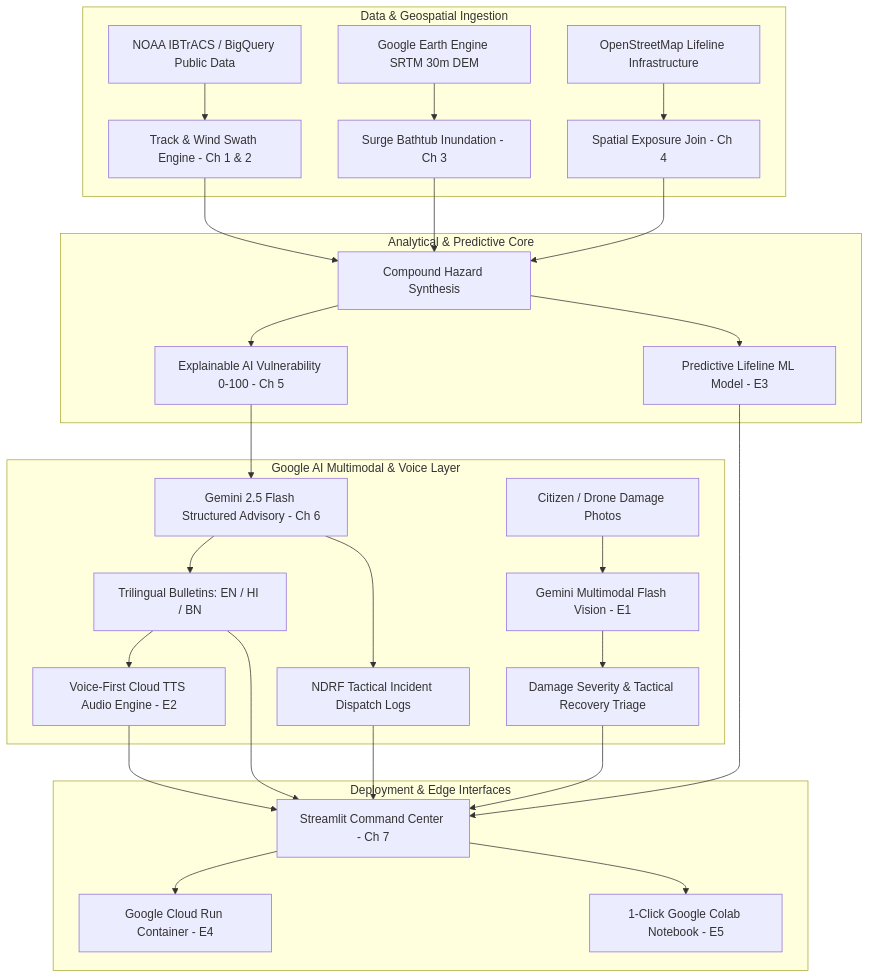
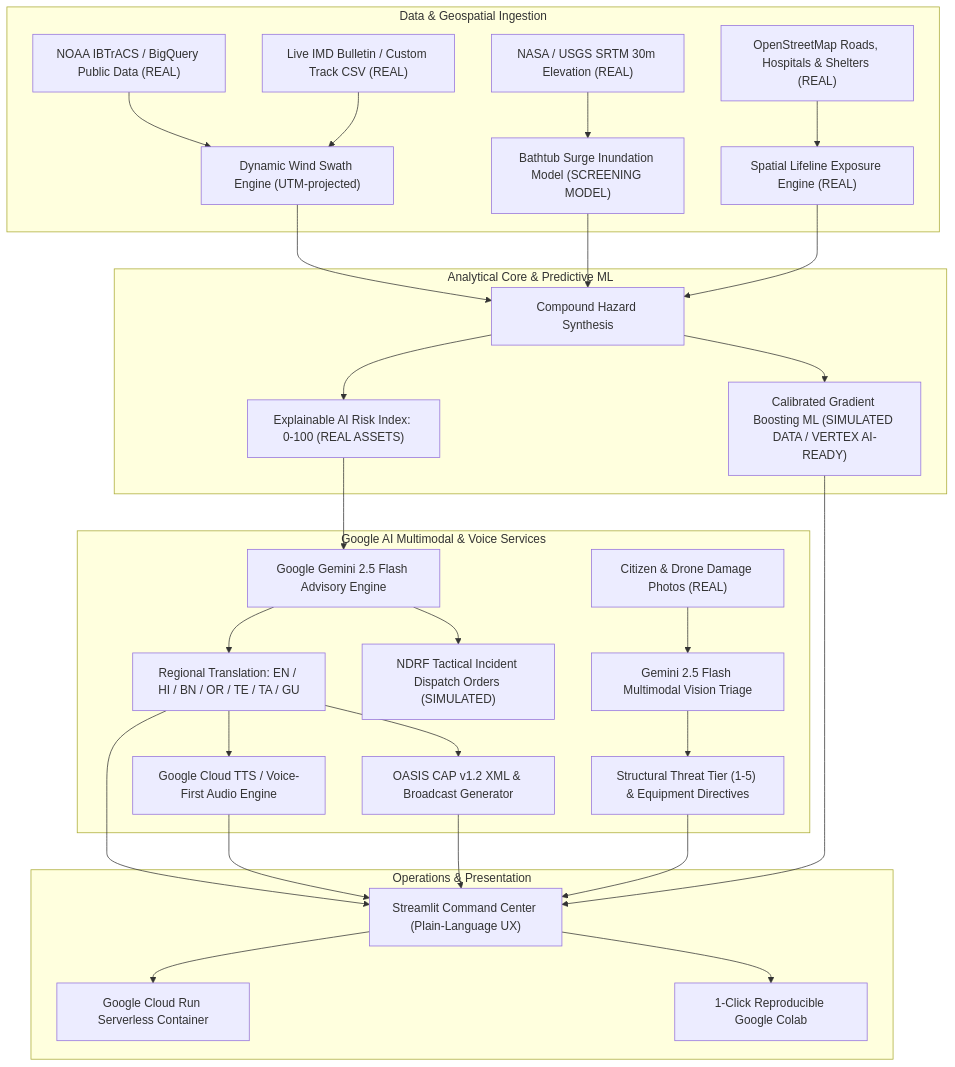
Before and after one commit to itsme-sherlock/CycloneShield: the diagram in cycloneshield/README.md, drawn with Mermaid. The commit also changed other lines of this file and 65 other files, not shown here.

````diff
--- a/cycloneshield/README.md
+++ b/cycloneshield/README.md
@@ -35,35 +30,37 @@
 ```mermaid
 graph TD
     subgraph Data & Geospatial Ingestion
-        A1[NOAA IBTrACS / BigQuery Public Data] --> B[Track & Wind Swath Engine - Ch 1 & 2]
-        A2[Google Earth Engine SRTM 30m DEM] --> C[Surge Bathtub Inundation - Ch 3]
-        A3[OpenStreetMap Lifeline Infrastructure] --> D[Spatial Exposure Join - Ch 4]
+        A1["NOAA IBTrACS / BigQuery Public Data (REAL)"] --> B["Dynamic Wind Swath Engine (UTM-projected)"]
+        A2["Live IMD Bulletin / Custom Track CSV (REAL)"] --> B
+        A3["NASA / USGS SRTM 30m Elevation (REAL)"] --> C["Bathtub Surge Inundation Model (SCREENING MODEL)"]
+        A4["OpenStreetMap Roads, Hospitals & Shelters (REAL)"] --> D["Spatial Lifeline Exposure Engine (REAL)"]
     end
 
-    subgraph Analytical & Predictive Core
-        B --> E[Compound Hazard Synthesis]
+    subgraph Analytical Core & Predictive ML
+        B --> E["Compound Hazard Synthesis"]
         C --> E
         D --> E
-        E --> F[Explainable AI Vulnerability 0-100 - Ch 5]
-        E --> F2[Predictive Lifeline ML Model - E3]
+        E --> F["Explainable AI Risk Index: 0-100 (REAL ASSETS)"]
+        E --> F2["Calibrated Gradient Boosting ML (SIMULATED DATA / VERTEX AI-READY)"]
     end
 
-    subgraph Google AI Multimodal & Voice Layer
-        F --> G1[Gemini 2.5 Flash Structured Advisory - Ch 6]
-        G1 --> H1[Trilingual Bulletins: EN / HI / BN]
-        G1 --> H2[NDRF Tactical Incident Dispatch Logs]
-        H1 --> H3[Voice-First Cloud TTS Audio Engine - E2]
-        I[Citizen / Drone Damage Photos] --> G2[Gemini Multimodal Flash Vision - E1]
-        G2 --> H4[Damage Severity & Tactical Recovery Triage]
+    subgraph Google AI Multimodal & Voice Services
+        F --> G1["Google Gemini 2.5 Flash Advisory Engine"]
+        G1 --> H1["Regional Translation: EN / HI / BN / OR / TE / TA / GU"]
+        G1 --> H2["NDRF Tactical Incident Dispatch Orders (SIMULATED)"]
+        H1 --> H3["Google Cloud TTS / Voice-First Audio Engine"]
+        H1 --> H4["OASIS CAP v1.2 XML & Broadcast Generator"]
+        I["Citizen & Drone Damage Photos (REAL)"] --> G2["Gemini 2.5 Flash Multimodal Vision Triage"]
+        G2 --> J["Structural Threat Tier (1-5) & Equipment Directives"]
     end
 
-    subgraph Deployment & Edge Interfaces
-        H1 --> J[Streamlit Command Center - Ch 7]
-        H2 --> J
-        H3 --> J
-        H4 --> J
-        F2 --> J
-        J --> K1[Google Cloud Run Container - E4]
-        J --> K2[1-Click Google Colab Notebook - E5]
+    subgraph Operations & Presentation
+        H1 --> K["Streamlit Command Center (Plain-Language UX)"]
+        H3 --> K
+        H4 --> K
+        J --> K
+        F2 --> K
+        K --> L1["Google Cloud Run Serverless Container"]
+        K --> L2["1-Click Reproducible Google Colab"]
     end
 ```
````
